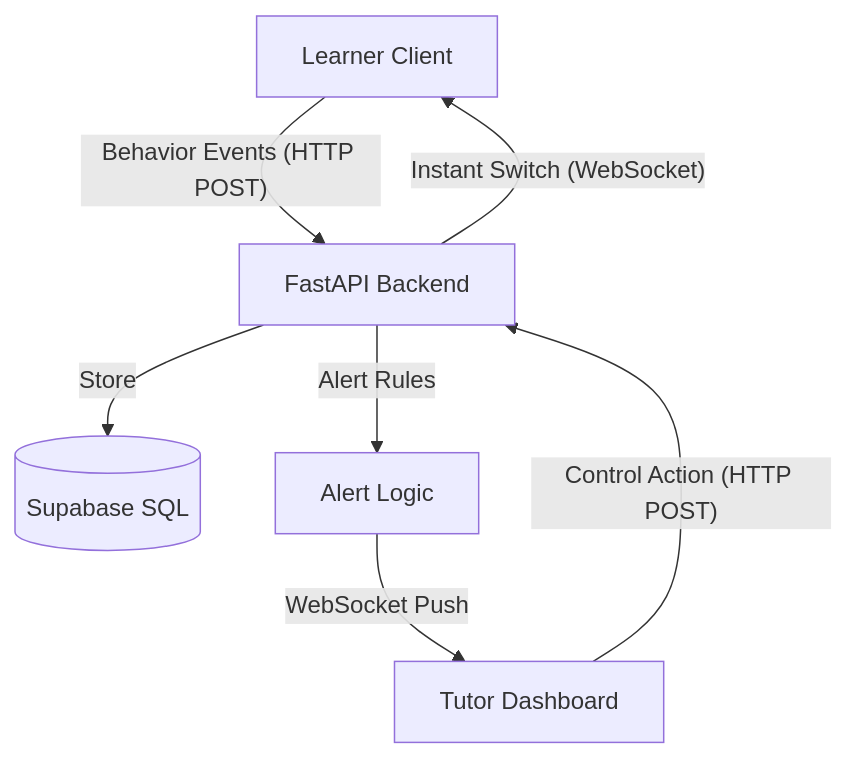
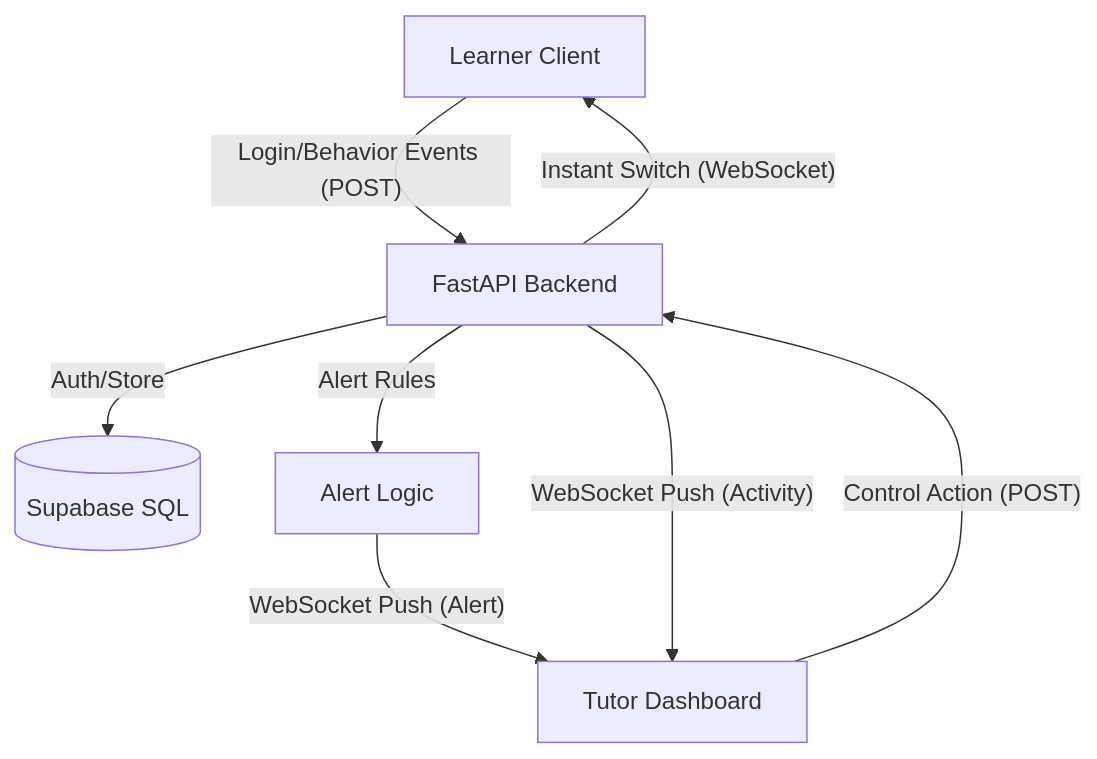
One commit to Pramod-kumar-25/CP_Adaptive_Learning_Prototype changed the diagram in docs/ARCHITECTURE.md. Above: the diagram before and after it, drawn with Mermaid. The commit also changed other lines of this file and 140 other files, not shown here.

````diff
--- a/docs/ARCHITECTURE.md
+++ b/docs/ARCHITECTURE.md
@@ -6,10 +6,11 @@
 ```mermaid
 graph TD
-    Learner[Learner Client] -- Behavior Events (HTTP POST) --> API[FastAPI Backend]
-    API -- Store --> DB[(Supabase SQL)]
+    Learner[Learner Client] -- Login/Behavior Events (POST) --> API[FastAPI Backend]
+    API -- Auth/Store --> DB[(Supabase SQL)]
     API -- Alert Rules --> AlertEngine[Alert Logic]
-    AlertEngine -- WebSocket Push --> Tutor[Tutor Dashboard]
+    AlertEngine -- WebSocket Push (Alert) --> Tutor[Tutor Dashboard]
+    API -- WebSocket Push (Activity) --> Tutor
     
-    Tutor -- Control Action (HTTP POST) --> API
+    Tutor -- Control Action (POST) --> API
     API -- Instant Switch (WebSocket) --> Learner
 ```
````
